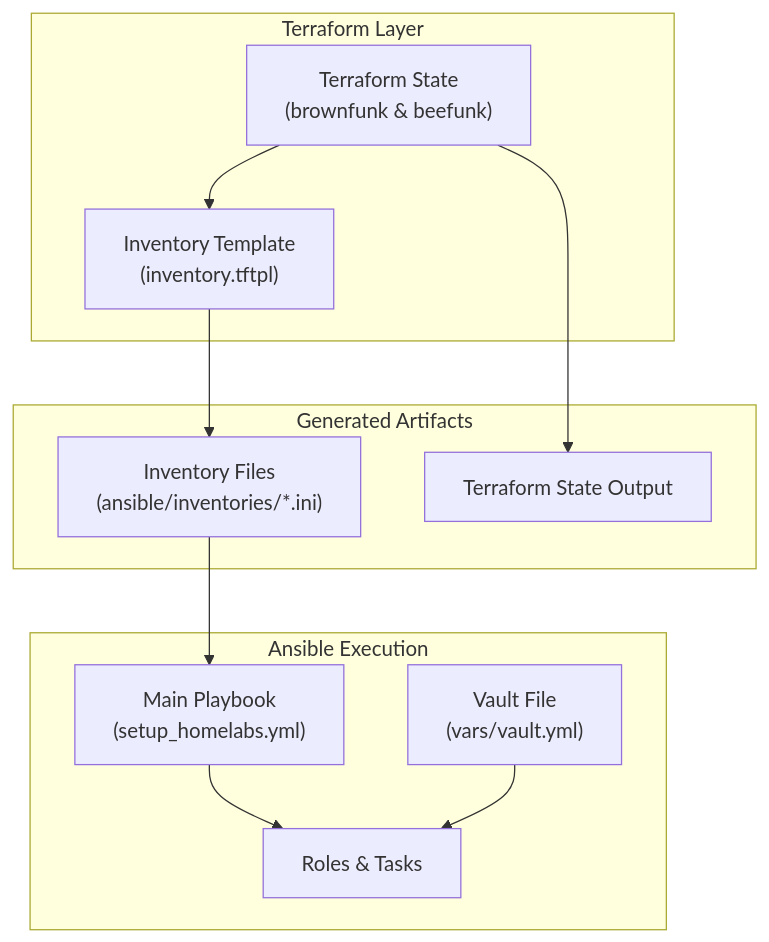
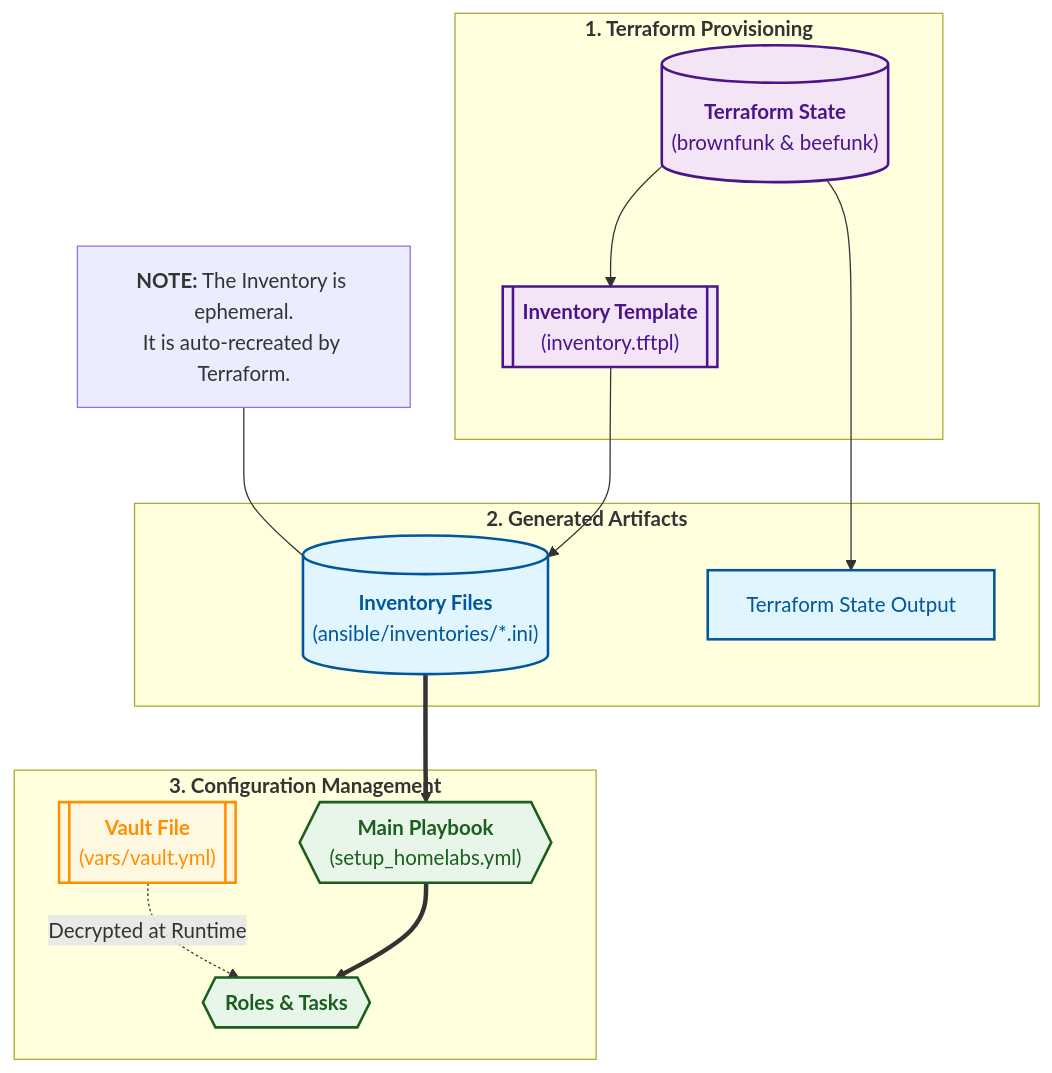
The second of 2 diagrams in INFRA_OVERVIEW.md (lbesnard/ansible_laptop), drawn with Mermaid before and after one commit. The commit also changed other lines of this file, not shown here.

First line of the commit message:
Enhance Proxmox and Terraform diagrams

````diff
--- a/INFRA_OVERVIEW.md
+++ b/INFRA_OVERVIEW.md
@@ -185,22 +220,41 @@
 ```mermaid
 flowchart TD
-    subgraph Terraform Layer
-      A1["Terraform State<br>(brownfunk & beefunk)"]
-      A2["Inventory Template<br>(inventory.tftpl)"]
+    %% --- Styling Definitions ---
+    classDef logic fill:#f3e5f5,stroke:#4a148c,stroke-width:2px,color:#4a148c;
+    classDef artifact fill:#e1f5fe,stroke:#01579b,stroke-width:2px,color:#01579b;
+    classDef execute fill:#e8f5e9,stroke:#1b5e20,stroke-width:2px,color:#1b5e20;
+    classDef security fill:#fff8e1,stroke:#ff8f00,stroke-width:2px,color:#ff8f00;
+
+    subgraph TF_Layer ["`**1. Terraform Provisioning**`"]
+      A1[("`**Terraform State**
+      (brownfunk & beefunk)`")]:::logic
+      A2[["`**Inventory Template**
+      (inventory.tftpl)`"]]:::logic
       A1 --> A2
     end
-    subgraph Generated Artifacts
-      B1["Inventory Files<br>(ansible/inventories/*.ini)"]
-      B2["Terraform State Output"]
+
+    subgraph Artifact_Layer ["`**2. Generated Artifacts**`"]
+      B1[("`**Inventory Files**
+      (ansible/inventories/*.ini)`")]:::artifact
+      B2["`Terraform State Output`"]:::artifact
       A2 --> B1
       A1 --> B2
     end
-    subgraph Ansible Execution
-      C1["Main Playbook<br>(setup_homelabs.yml)"]
-      C2["Roles & Tasks"]
-      C3["Vault File<br>(vars/vault.yml)"]
-      B1 --> C1
-      C1 --> C2
-      C3 --> C2
+
+    subgraph Ansible_Layer ["`**3. Configuration Management**`"]
+      C1{{"`**Main Playbook**
+      (setup_homelabs.yml)`"}}:::execute
+      C2{{"`**Roles & Tasks**`"}}:::execute
+      C3[["`**Vault File**
+      (vars/vault.yml)`"]]:::security
+      
+      B1 ==> C1
+      C1 ==> C2
+      C3 -.->|Decrypted at Runtime| C2
     end
+
+    %% Legend/Note
+    Note1["`**NOTE:** The Inventory is ephemeral.
+    It is auto-recreated by Terraform.`"]
+    Note1 --- B1
 ```
````
